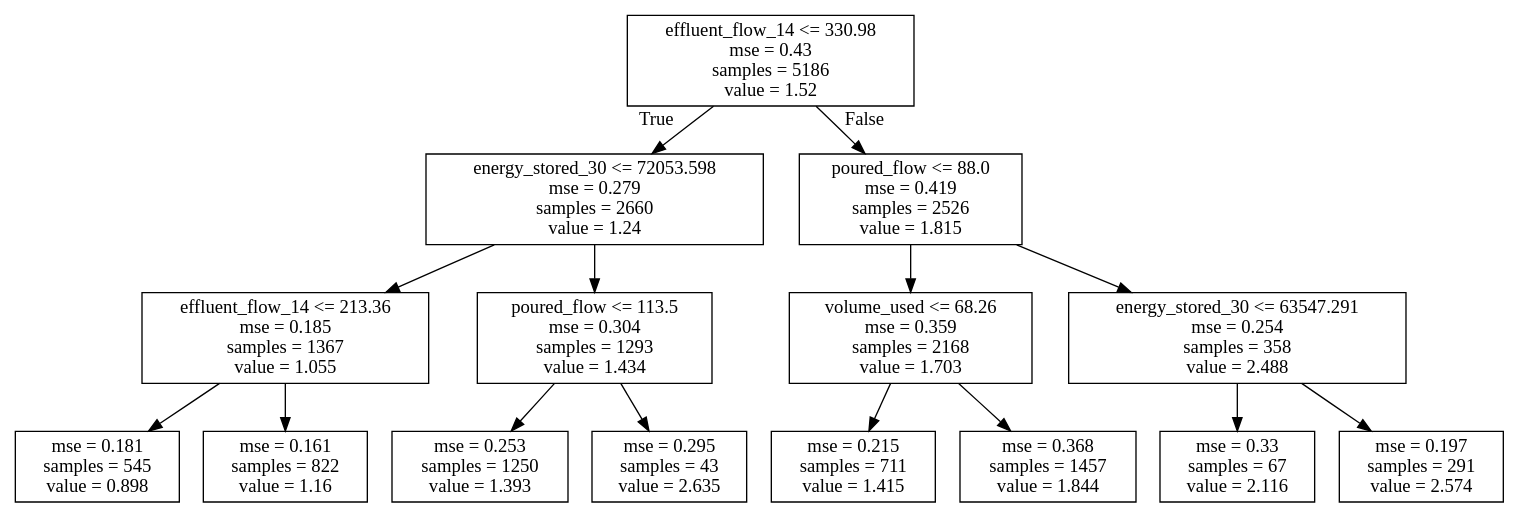
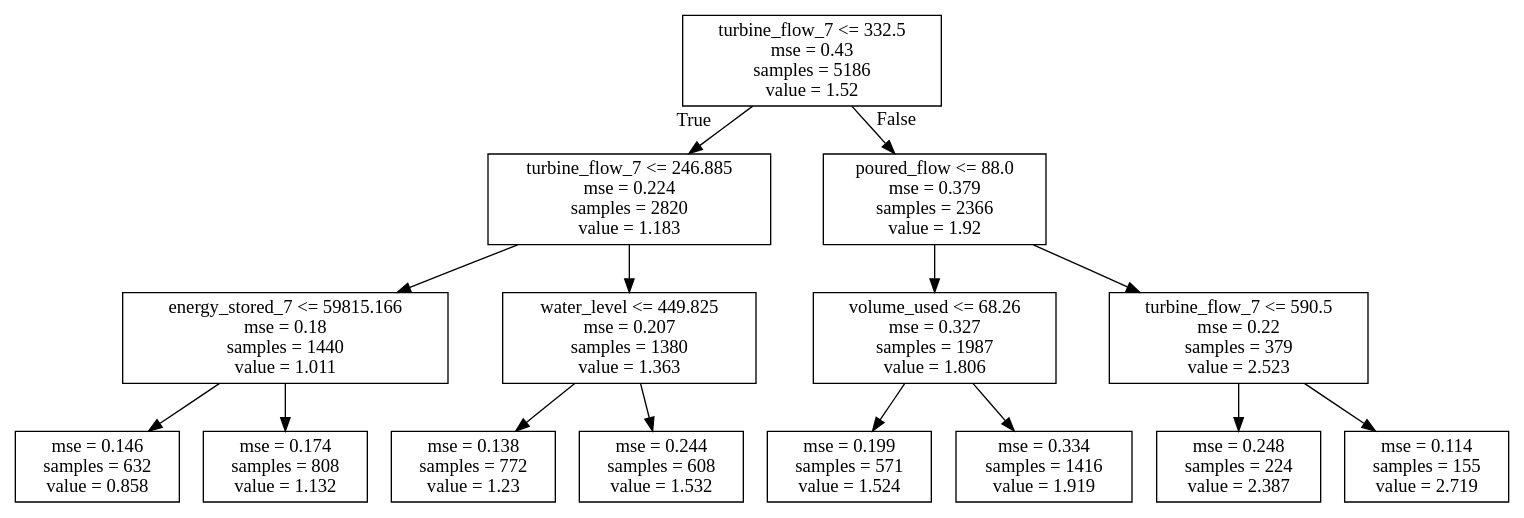
The diagram in Data Exploration/regr_tree.dot (cameronthieme/IMAbootcamp2021), drawn with Graphviz before and after one commit. The commit also changed 2 other files, not shown here.

```diff
--- a/Data Exploration/regr_tree.dot
+++ b/Data Exploration/regr_tree.dot
@@ -1,32 +1,32 @@
 digraph Tree {
 node [shape=box] ;
-0 [label="effluent_flow_14 <= 330.98\nmse = 0.43\nsamples = 5186\nvalue = 1.52"] ;
-1 [label="energy_stored_30 <= 72053.598\nmse = 0.279\nsamples = 2660\nvalue = 1.24"] ;
+0 [label="turbine_flow_7 <= 332.5\nmse = 0.43\nsamples = 5186\nvalue = 1.52"] ;
+1 [label="turbine_flow_7 <= 246.885\nmse = 0.224\nsamples = 2820\nvalue = 1.183"] ;
 0 -> 1 [labeldistance=2.5, labelangle=45, headlabel="True"] ;
-2 [label="effluent_flow_14 <= 213.36\nmse = 0.185\nsamples = 1367\nvalue = 1.055"] ;
+2 [label="energy_stored_7 <= 59815.166\nmse = 0.18\nsamples = 1440\nvalue = 1.011"] ;
 1 -> 2 ;
-3 [label="mse = 0.181\nsamples = 545\nvalue = 0.898"] ;
+3 [label="mse = 0.146\nsamples = 632\nvalue = 0.858"] ;
 2 -> 3 ;
-4 [label="mse = 0.161\nsamples = 822\nvalue = 1.16"] ;
+4 [label="mse = 0.174\nsamples = 808\nvalue = 1.132"] ;
 2 -> 4 ;
-5 [label="poured_flow <= 113.5\nmse = 0.304\nsamples = 1293\nvalue = 1.434"] ;
+5 [label="water_level <= 449.825\nmse = 0.207\nsamples = 1380\nvalue = 1.363"] ;
 1 -> 5 ;
-6 [label="mse = 0.253\nsamples = 1250\nvalue = 1.393"] ;
+6 [label="mse = 0.138\nsamples = 772\nvalue = 1.23"] ;
 5 -> 6 ;
-7 [label="mse = 0.295\nsamples = 43\nvalue = 2.635"] ;
+7 [label="mse = 0.244\nsamples = 608\nvalue = 1.532"] ;
 5 -> 7 ;
-8 [label="poured_flow <= 88.0\nmse = 0.419\nsamples = 2526\nvalue = 1.815"] ;
+8 [label="poured_flow <= 88.0\nmse = 0.379\nsamples = 2366\nvalue = 1.92"] ;
 0 -> 8 [labeldistance=2.5, labelangle=-45, headlabel="False"] ;
-9 [label="volume_used <= 68.26\nmse = 0.359\nsamples = 2168\nvalue = 1.703"] ;
+9 [label="volume_used <= 68.26\nmse = 0.327\nsamples = 1987\nvalue = 1.806"] ;
 8 -> 9 ;
-10 [label="mse = 0.215\nsamples = 711\nvalue = 1.415"] ;
+10 [label="mse = 0.199\nsamples = 571\nvalue = 1.524"] ;
 9 -> 10 ;
-11 [label="mse = 0.368\nsamples = 1457\nvalue = 1.844"] ;
+11 [label="mse = 0.334\nsamples = 1416\nvalue = 1.919"] ;
 9 -> 11 ;
-12 [label="energy_stored_30 <= 63547.291\nmse = 0.254\nsamples = 358\nvalue = 2.488"] ;
+12 [label="turbine_flow_7 <= 590.5\nmse = 0.22\nsamples = 379\nvalue = 2.523"] ;
 8 -> 12 ;
-13 [label="mse = 0.33\nsamples = 67\nvalue = 2.116"] ;
+13 [label="mse = 0.248\nsamples = 224\nvalue = 2.387"] ;
 12 -> 13 ;
-14 [label="mse = 0.197\nsamples = 291\nvalue = 2.574"] ;
+14 [label="mse = 0.114\nsamples = 155\nvalue = 2.719"] ;
 12 -> 14 ;
 }
```
